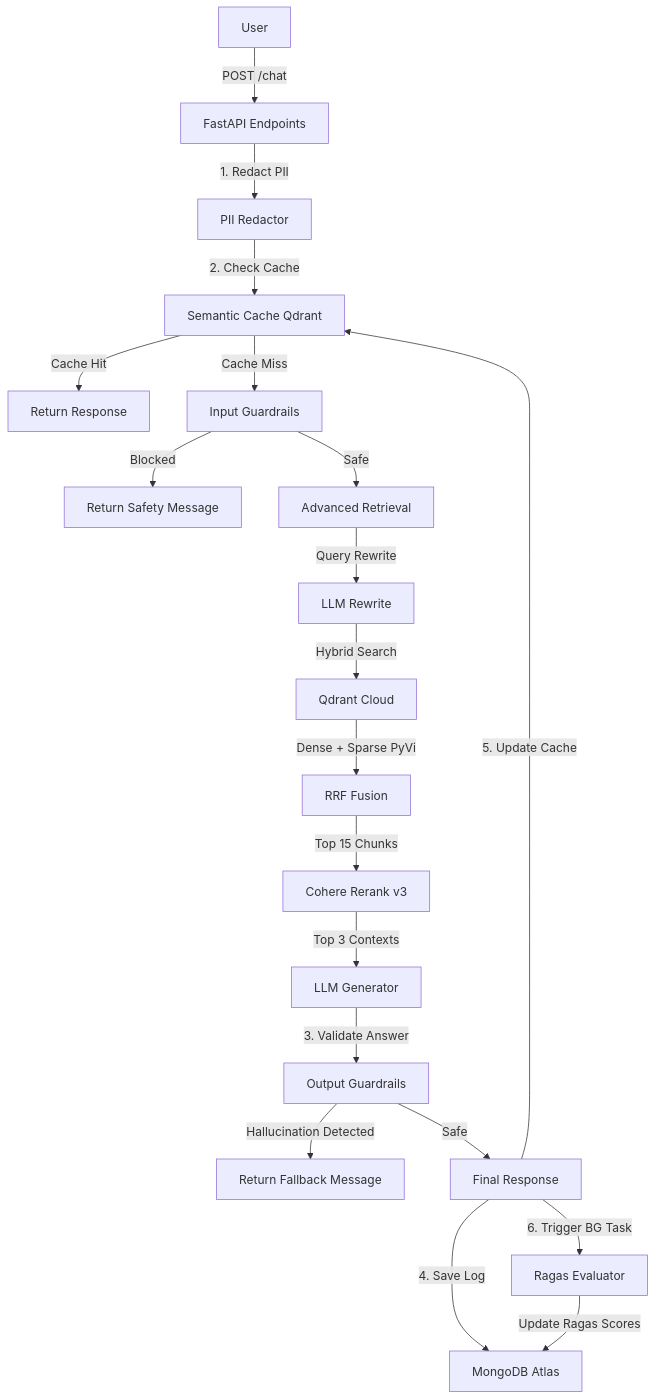
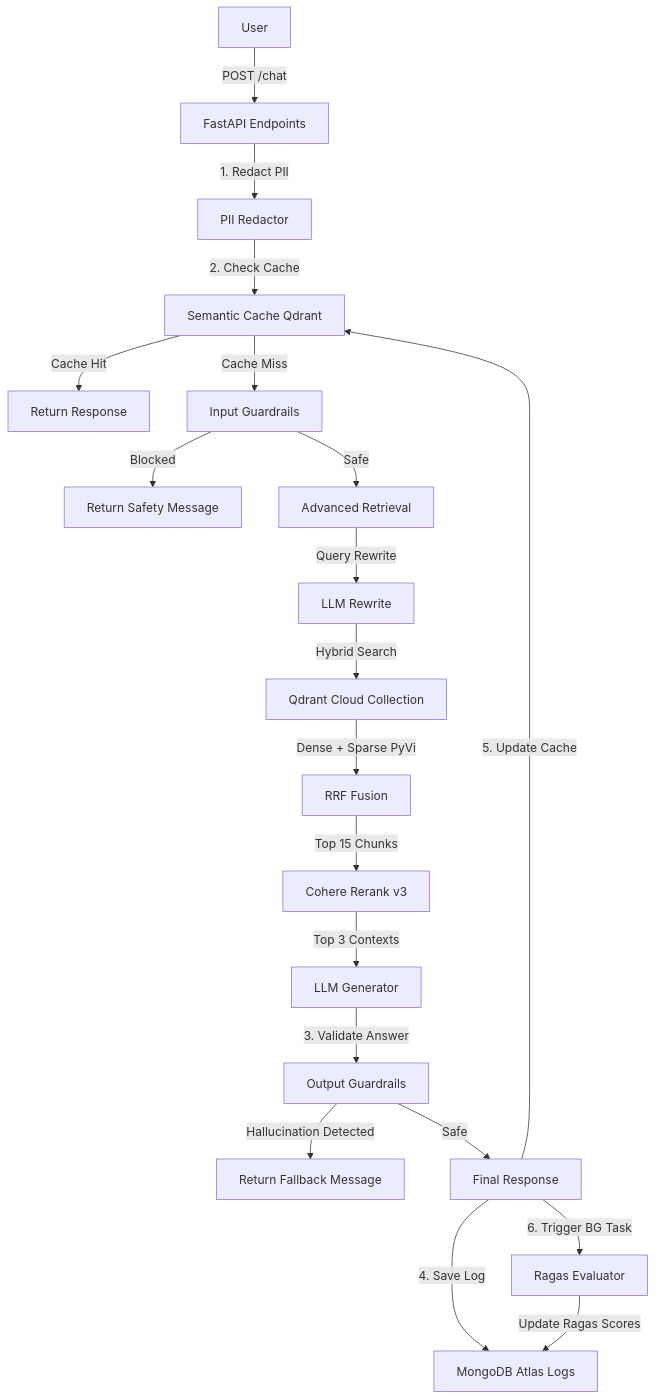
One commit to TanNguyen234/VietLex-Tech-Spec changed the diagram in README.md. Above: the diagram before and after it, drawn with Mermaid. The commit also changed other lines of this file and 9 other files, not shown here.

Commit message:
feat(ingestion): add MongoDB Atlas raw Data Lake sync and Qdrant Cloud indexer with updated README

````diff
--- a/README.md
+++ b/README.md
@@ -46,25 +33,25 @@
 ```mermaid
 graph TD
     User["User"] -->|POST /chat| API["FastAPI Endpoints"]
     API -->|1. Redact PII| PII["PII Redactor"]
     PII -->|2. Check Cache| Cache["Semantic Cache Qdrant"]
     Cache -->|Cache Hit| Return["Return Response"]
     Cache -->|Cache Miss| InputRails["Input Guardrails"]
     InputRails -->|Blocked| Block["Return Safety Message"]
     InputRails -->|Safe| RAG["Advanced Retrieval"]
-    
+
     RAG -->|Query Rewrite| Rewrite["LLM Rewrite"]
-    Rewrite -->|Hybrid Search| Qdrant["Qdrant Cloud"]
+    Rewrite -->|Hybrid Search| Qdrant["Qdrant Cloud Collection"]
     Qdrant -->|Dense + Sparse PyVi| RRF["RRF Fusion"]
     RRF -->|Top 15 Chunks| Rerank["Cohere Rerank v3"]
     Rerank -->|Top 3 Contexts| Generator["LLM Generator"]
-    
+
     Generator -->|3. Validate Answer| OutputRails["Output Guardrails"]
     OutputRails -->|Hallucination Detected| Fallback["Return Fallback Message"]
     OutputRails -->|Safe| FinalResponse["Final Response"]
-    
-    FinalResponse -->|4. Save Log| DB["MongoDB Atlas"]
+
+    FinalResponse -->|4. Save Log| DB["MongoDB Atlas Logs"]
     FinalResponse -->|5. Update Cache| Cache
     FinalResponse -->|6. Trigger BG Task| Ragas["Ragas Evaluator"]
     Ragas -->|Update Ragas Scores| DB
 ```
````
